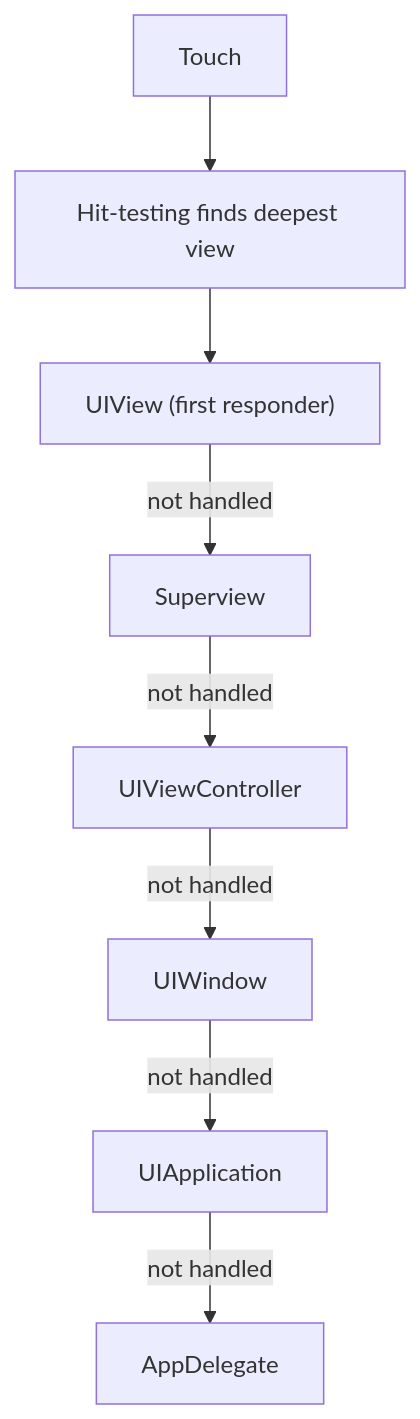
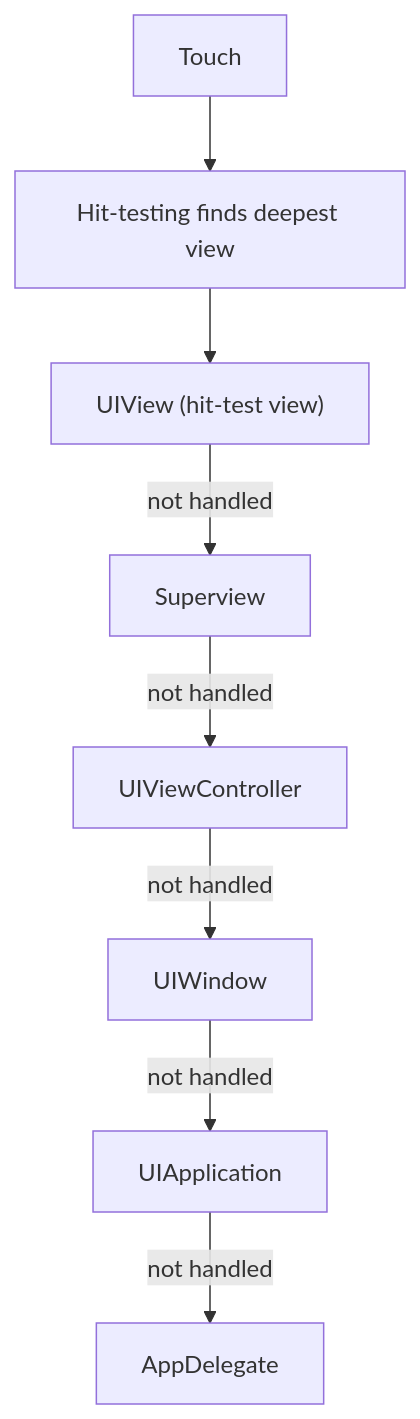
One commit to AkshayAshokCode/iOS-Interview-Questions-and-Answers changed the fifth of 15 diagrams in topics/08-ios-fundamentals.md. Above: the diagram before and after it, drawn with Mermaid. The commit also changed other lines of this file and 18 other files, not shown here.

````diff
--- a/topics/08-ios-fundamentals.md
+++ b/topics/08-ios-fundamentals.md
@@ -149,10 +483,10 @@
 ```mermaid
 flowchart TD
     T["Touch"] --> HT["Hit-testing finds deepest view"]
-    HT --> V["UIView (first responder)"]
+    HT --> V["UIView (hit-test view)"]
     V -->|"not handled"| SV["Superview"]
     SV -->|"not handled"| VC["UIViewController"]
     VC -->|"not handled"| W["UIWindow"]
     W -->|"not handled"| A["UIApplication"]
     A -->|"not handled"| AD["AppDelegate"]
 ```
````
